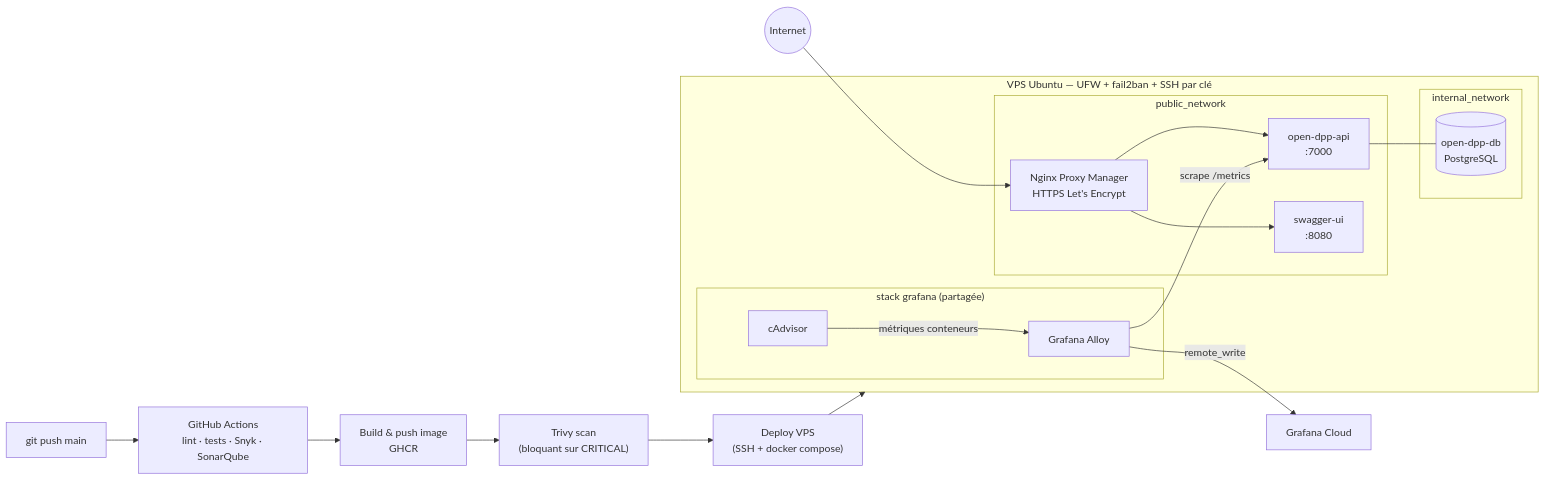
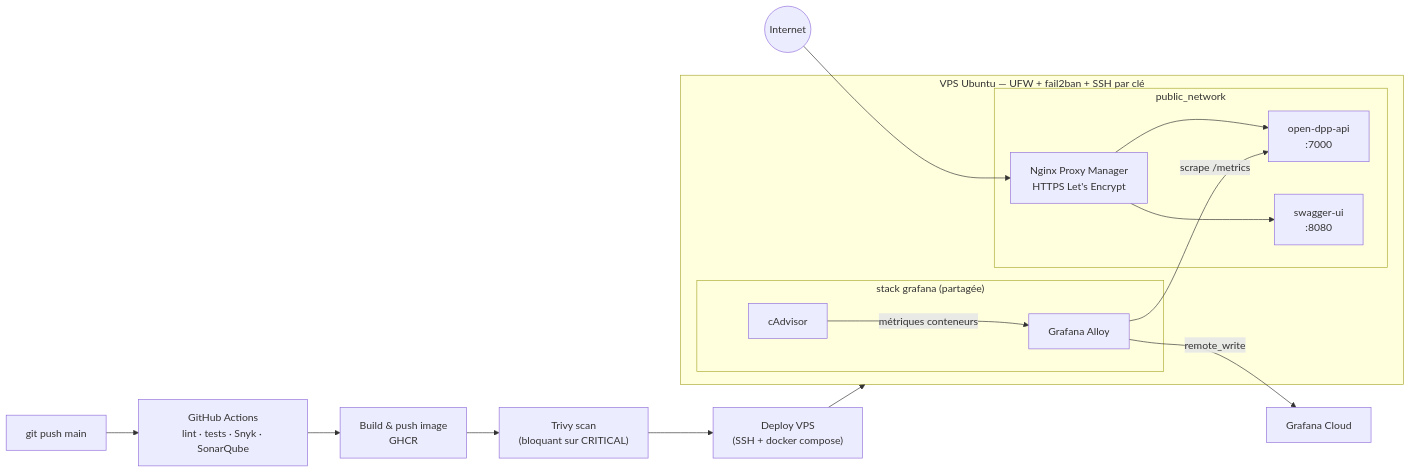
One commit to JulesSsssssssssss/iter-open-api changed the diagram in README.md. Above: the diagram before and after it, drawn with Mermaid. The commit also changed other lines of this file and 4 other files, not shown here.

````diff
--- a/README.md
+++ b/README.md
@@ -33,31 +35,27 @@
 ```mermaid
 flowchart LR
     Dev["git push main"] --> CI["GitHub Actions<br/>lint · tests · Snyk · SonarQube"]
     CI --> Build["Build & push image<br/>GHCR"]
     Build --> Trivy["Trivy scan<br/>(bloquant sur CRITICAL)"]
     Trivy --> Deploy["Deploy VPS<br/>(SSH + docker compose)"]
 
     subgraph VPS["VPS Ubuntu — UFW + fail2ban + SSH par clé"]
         subgraph PublicNet["public_network"]
             NPM["Nginx Proxy Manager<br/>HTTPS Let's Encrypt"]
             API["open-dpp-api<br/>:7000"]
             Swagger["swagger-ui<br/>:8080"]
         end
-        subgraph InternalNet["internal_network"]
-            DB[("open-dpp-db<br/>PostgreSQL")]
-        end
         subgraph GrafanaStack["stack grafana (partagée)"]
             Alloy["Grafana Alloy"]
             CAdvisor["cAdvisor"]
         end
-        API --- DB
         NPM --> API
         NPM --> Swagger
         Alloy -->|scrape /metrics| API
         CAdvisor -->|métriques conteneurs| Alloy
     end
 
     Deploy --> VPS
     Internet(("Internet")) --> NPM
     Alloy -->|remote_write| GrafanaCloud["Grafana Cloud"]
 ```
````
